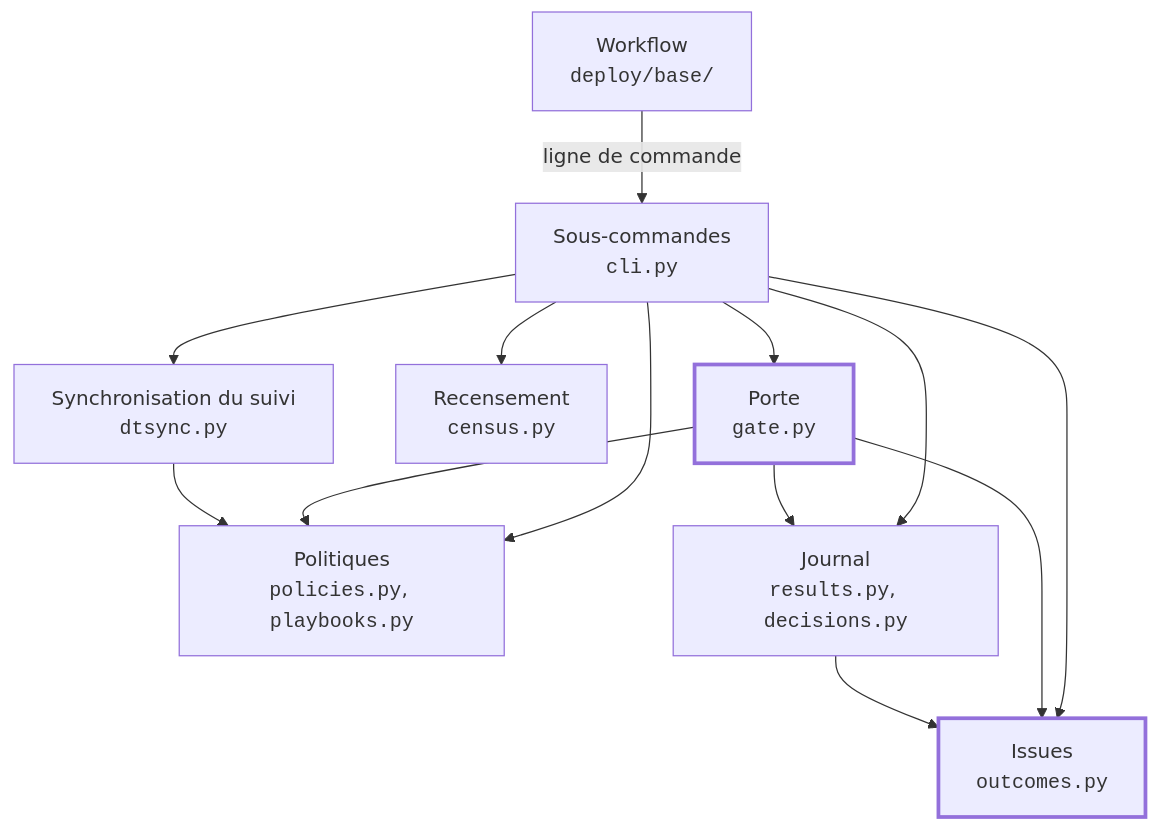
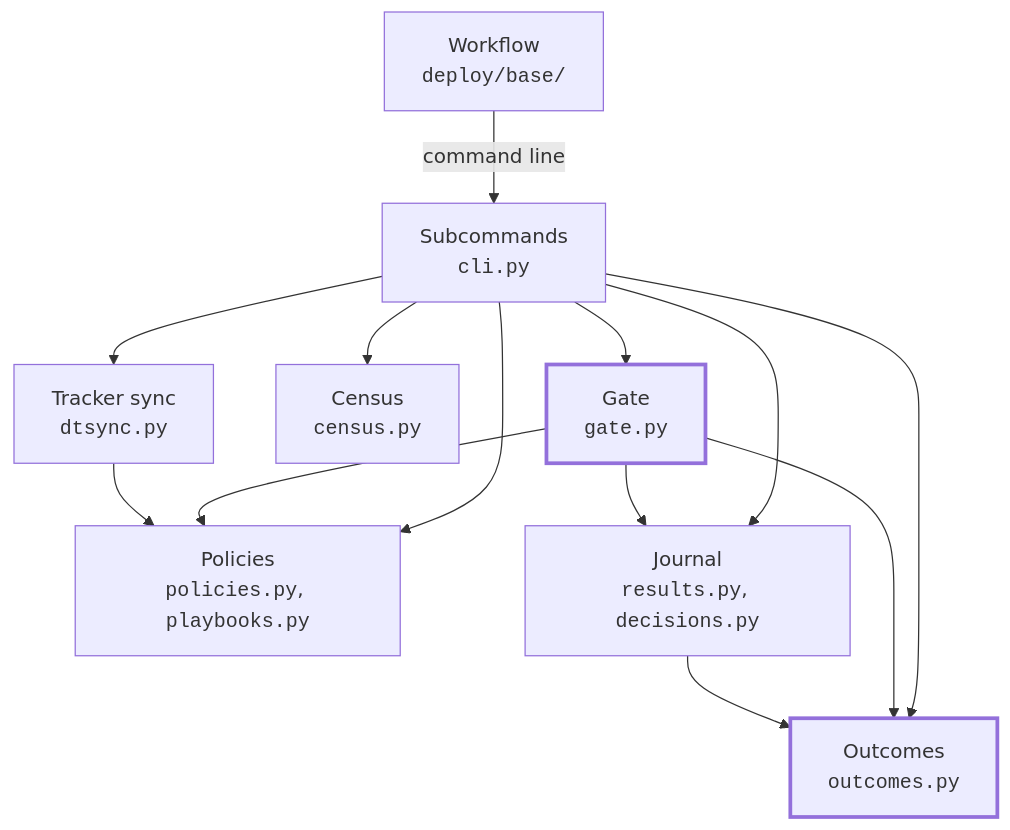
Before and after one commit to trivoallan/uske: the second of 5 diagrams in docs/architecture/arc42.md, drawn with Mermaid. The commit also changed other lines of this file and 17 other files, not shown here.

````diff
--- a/docs/architecture/arc42.md
+++ b/docs/architecture/arc42.md
@@ -255,17 +252,17 @@
 ```mermaid
 flowchart TD
   W["Workflow<br><code>deploy/base/</code>"]
-  S["Sous-commandes<br><code>cli.py</code>"]
-  P["Porte<br><code>gate.py</code>"]:::pure
-  I["Issues<br><code>outcomes.py</code>"]:::pure
-  Pol["Politiques<br><code>policies.py</code>, <code>playbooks.py</code>"]
+  S["Subcommands<br><code>cli.py</code>"]
+  P["Gate<br><code>gate.py</code>"]:::pure
+  I["Outcomes<br><code>outcomes.py</code>"]:::pure
+  Pol["Policies<br><code>policies.py</code>, <code>playbooks.py</code>"]
   J["Journal<br><code>results.py</code>, <code>decisions.py</code>"]
-  R["Recensement<br><code>census.py</code>"]
-  Sy["Synchronisation du suivi<br><code>dtsync.py</code>"]
-  W -->|"ligne de commande"| S
+  R["Census<br><code>census.py</code>"]
+  Sy["Tracker sync<br><code>dtsync.py</code>"]
+  W -->|"command line"| S
   S --> P & I & Pol & J & R & Sy
   P --> I & Pol & J
   J --> I
   Sy --> Pol
   classDef pure stroke-width:3px
 ```
````
